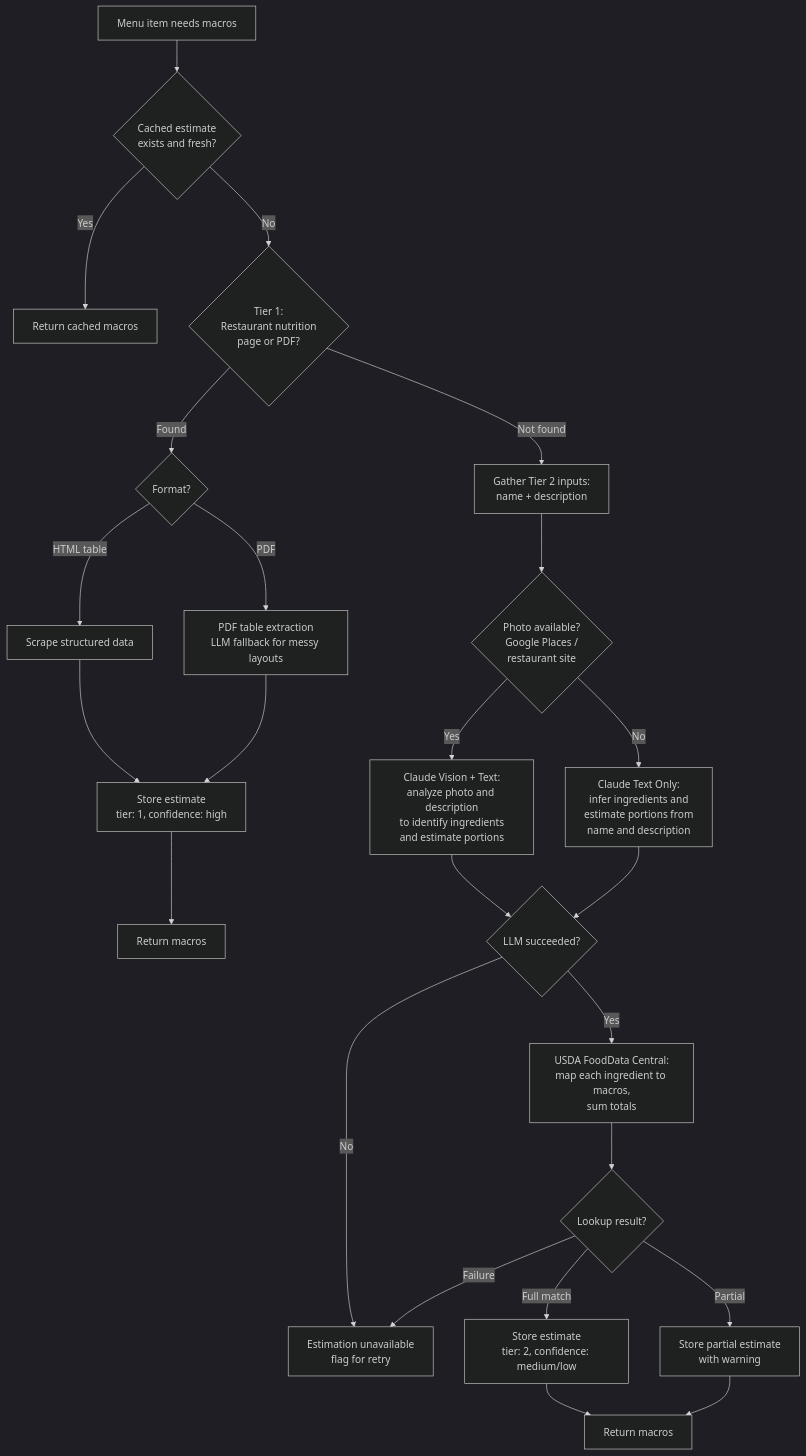
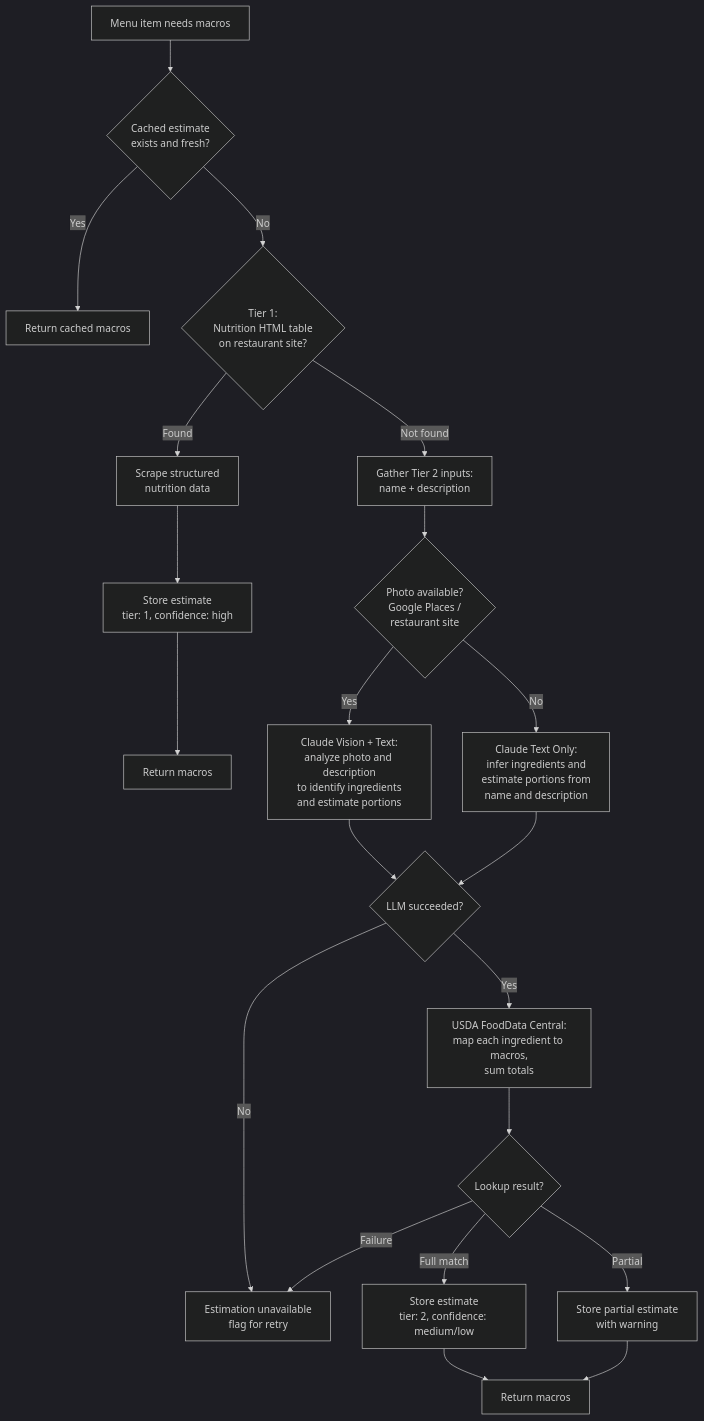
The third of 4 diagrams in docs/engineering/backend/system-design.md (dgmolla/fitsy), drawn with Mermaid (dark theme) before and after one commit. The commit also changed other lines of this file, not shown here.

````diff
--- a/docs/engineering/backend/system-design.md
+++ b/docs/engineering/backend/system-design.md
@@ -137,34 +135,31 @@
 ```mermaid
 flowchart TD
     Start["Menu item needs macros"] --> CacheCheck{"Cached estimate<br/>exists and fresh?"}
 
     CacheCheck -- "Yes" --> ReturnCached["Return cached macros"]
-    CacheCheck -- "No" --> T1{"Tier 1:<br/>Restaurant nutrition<br/>page or PDF?"}
+    CacheCheck -- "No" --> T1{"Tier 1:<br/>Nutrition HTML table<br/>on restaurant site?"}
 
-    T1 -- "Found" --> Parse{"Format?"}
-    Parse -- "HTML table" --> HTMLScrape["Scrape structured data"]
-    Parse -- "PDF" --> PDFExtract["PDF table extraction<br/>LLM fallback for messy layouts"]
+    T1 -- "Found" --> HTMLScrape["Scrape structured<br/>nutrition data"]
     HTMLScrape --> StoreT1["Store estimate<br/>tier: 1, confidence: high"]
-    PDFExtract --> StoreT1
     StoreT1 --> Return1["Return macros"]
 
     T1 -- "Not found" --> T2Inputs["Gather Tier 2 inputs:<br/>name + description"]
     T2Inputs --> PhotoCheck{"Photo available?<br/>Google Places /<br/>restaurant site"}
 
     PhotoCheck -- "Yes" --> T2Photo["Claude Vision + Text:<br/>analyze photo and description<br/>to identify ingredients<br/>and estimate portions"]
     PhotoCheck -- "No" --> T2Text["Claude Text Only:<br/>infer ingredients and<br/>estimate portions from<br/>name and description"]
 
     T2Photo --> T2OK{"LLM succeeded?"}
     T2Text --> T2OK
 
     T2OK -- "Yes" --> USDA["USDA FoodData Central:<br/>map each ingredient to macros,<br/>sum totals"]
     T2OK -- "No" --> Unavailable["Estimation unavailable<br/>flag for retry"]
 
     USDA --> USDAOK{"Lookup result?"}
     USDAOK -- "Full match" --> StoreT2["Store estimate<br/>tier: 2, confidence: medium/low"]
     USDAOK -- "Partial" --> StoreT2Warn["Store partial estimate<br/>with warning"]
     USDAOK -- "Failure" --> Unavailable
 
     StoreT2 --> Return2["Return macros"]
     StoreT2Warn --> Return2
 ```
````
